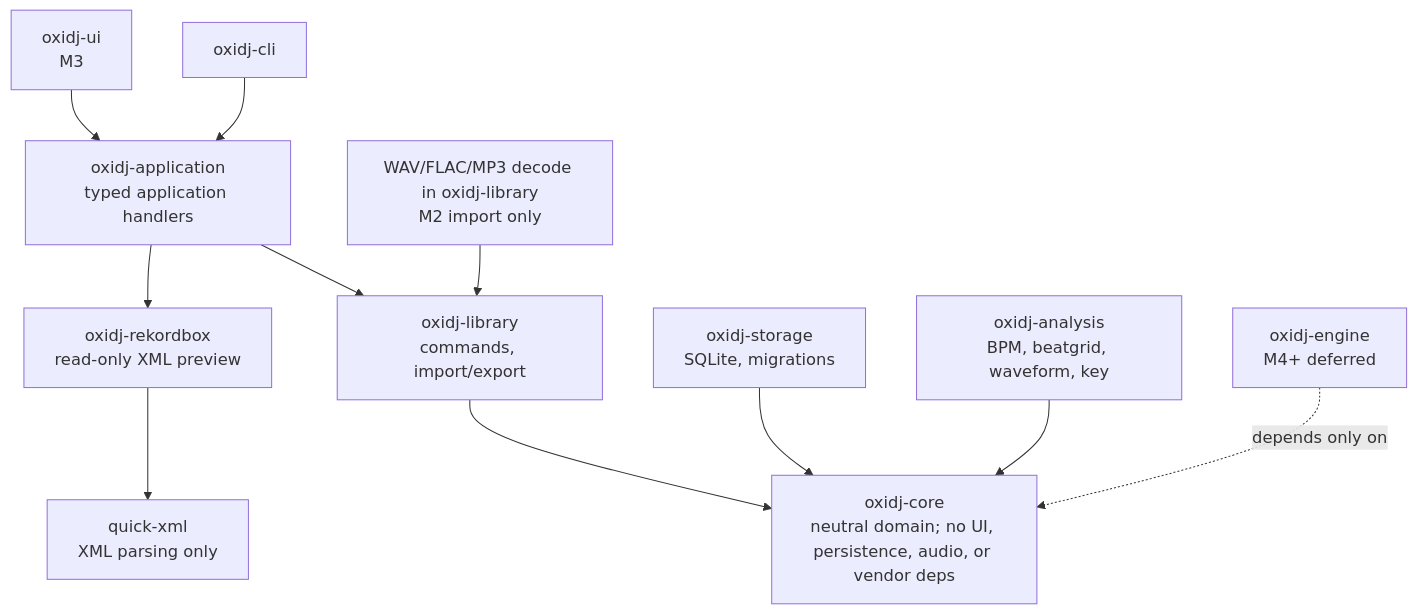
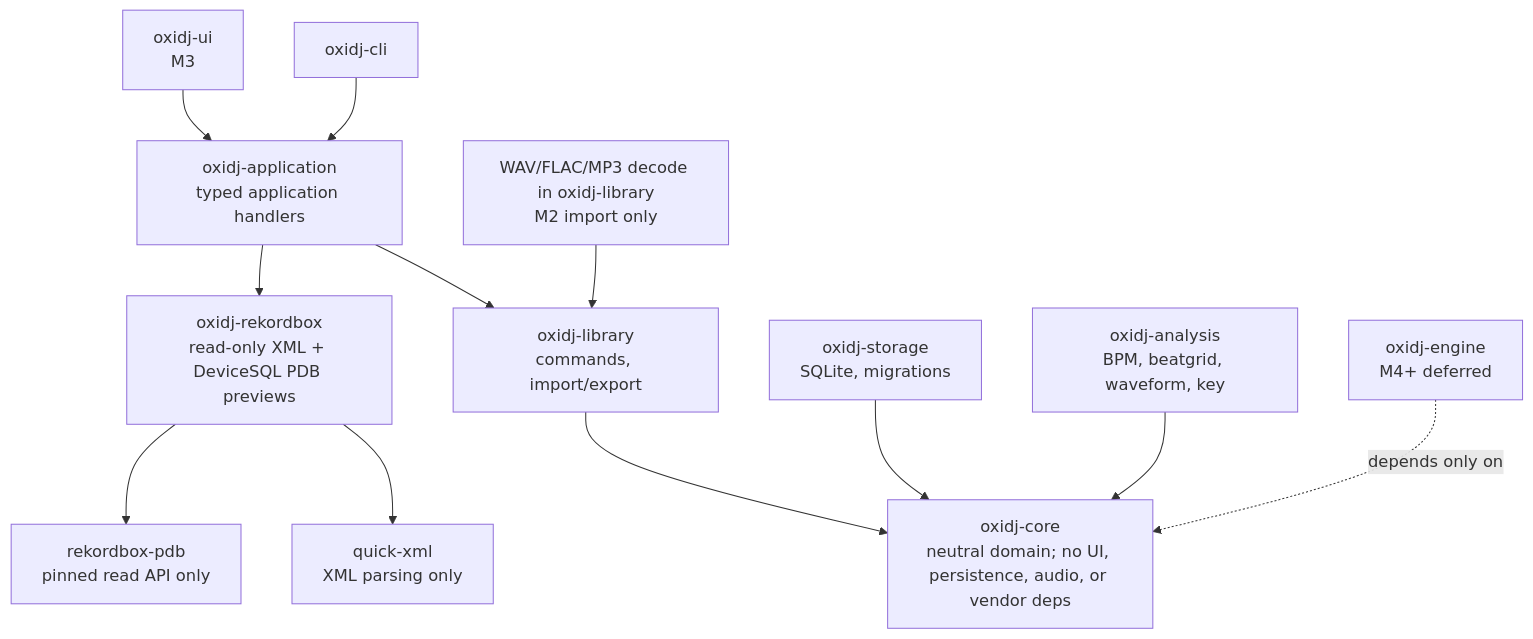
The diagram in docs/adr/004-crate-boundaries.md (Senci/oxidj), drawn with Mermaid before and after one commit. The commit also changed 10 other files, not shown here.

First line of the commit message:
feat(rekordbox): preview legacy DeviceSQL PDB

````diff
--- a/docs/adr/004-crate-boundaries.md
+++ b/docs/adr/004-crate-boundaries.md
@@ -27,13 +27,14 @@
 ```mermaid
 flowchart TB
     cli["oxidj-cli"] --> app["oxidj-application<br/>typed application handlers"]
     ui["oxidj-ui<br/>M3"] --> app
     app --> library["oxidj-library<br/>commands, import/export"]
-    app --> adapters["oxidj-rekordbox<br/>read-only XML preview"]
+    app --> adapters["oxidj-rekordbox<br/>read-only XML + DeviceSQL PDB previews"]
     library --> core["oxidj-core<br/>neutral domain; no UI, persistence, audio, or vendor deps"]
     adapters --> xml["quick-xml<br/>XML parsing only"]
+    adapters --> pdb["rekordbox-pdb<br/>pinned read API only"]
     storage["oxidj-storage<br/>SQLite, migrations"] --> core
     analysis["oxidj-analysis<br/>BPM, beatgrid, waveform, key"] --> core
     audio["WAV/FLAC/MP3 decode in oxidj-library<br/>M2 import only"] --> library
     engine["oxidj-engine<br/>M4+ deferred"] -. "depends only on" .-> core
 ```
````
